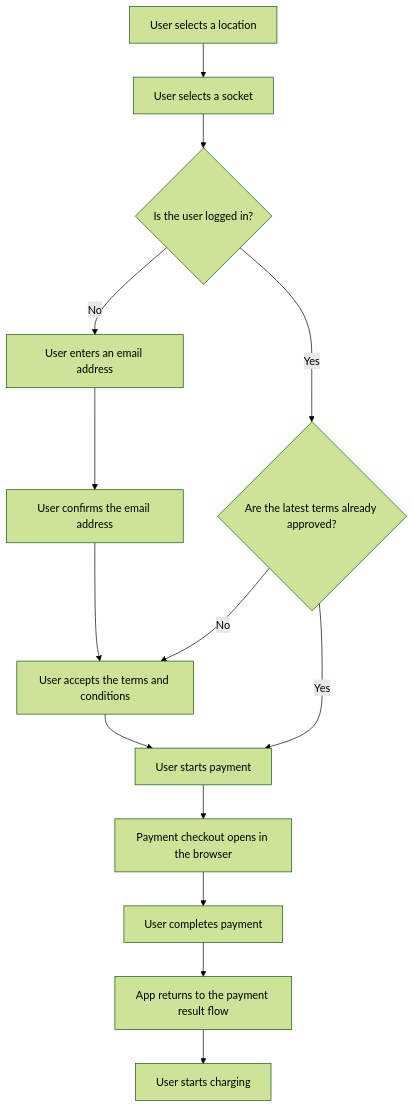
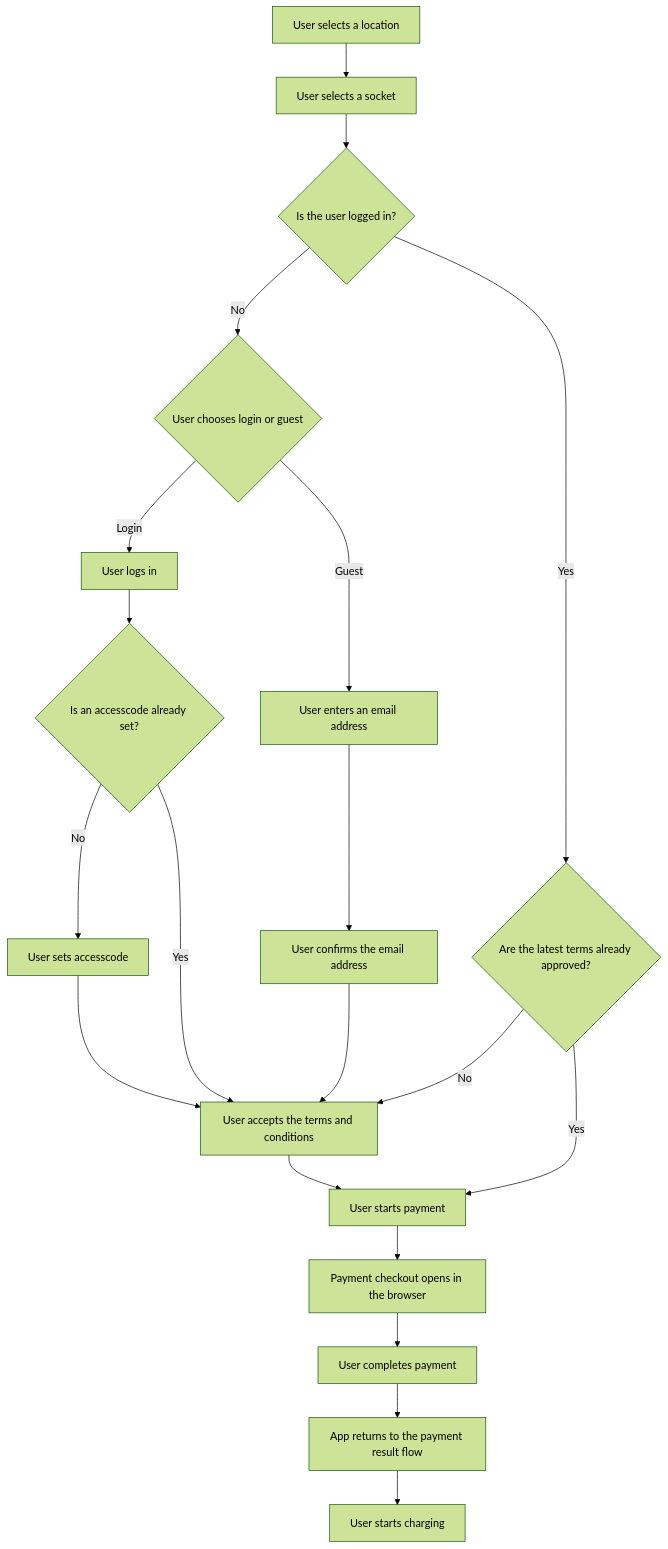
One commit to Amsterdam/aapp_app_mobile changed the diagram in .docs/modules/boat-charging.md. Above: the diagram before and after it, drawn with Mermaid (forest theme). The commit also changed other lines of this file, not shown here.

Commit message:
improve flow

````diff
--- a/.docs/modules/boat-charging.md
+++ b/.docs/modules/boat-charging.md
@@ -16,16 +16,22 @@
 ```mermaid
 flowchart TD
 A[User selects a location] --> B[User selects a socket]
 B --> C{Is the user logged in?}
-C -- No --> D[User enters an email address]
-D --> E[User confirms the email address]
-E --> F[User accepts the terms and conditions]
-C -- Yes --> G{Are the latest terms already approved?}
-G -- No --> F
-G -- Yes --> H[User starts payment]
-F --> H
-H --> I[Payment checkout opens in the browser]
-I --> J[User completes payment]
-J --> K[App returns to the payment result flow]
-K --> L[User starts charging]
+C -- No --> D{User chooses login or guest}
+D -- Login --> E[User logs in]
+D -- Guest --> F[User enters an email address]
+F --> G[User confirms the email address]
+G --> H[User accepts the terms and conditions]
+E --> I{Is an accesscode already set?}
+I -- No --> J[User sets accesscode]
+I -- Yes --> H
+J --> H
+C -- Yes --> K{Are the latest terms already approved?}
+K -- No --> H
+K -- Yes --> L[User starts payment]
+H --> L
+L --> M[Payment checkout opens in the browser]
+M --> N[User completes payment]
+N --> O[App returns to the payment result flow]
+O --> P[User starts charging]
 ```
````
